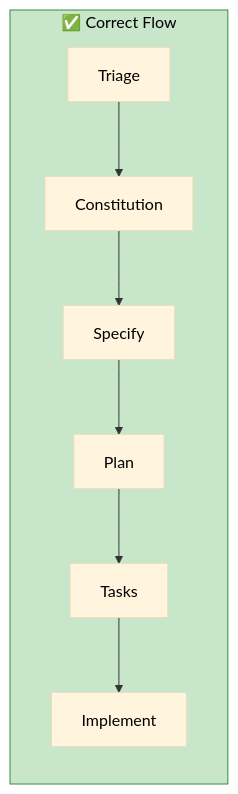
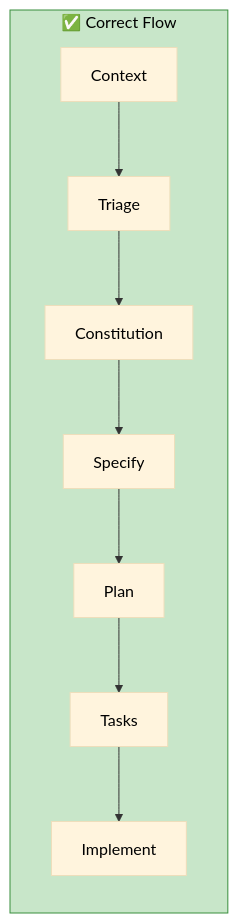
One commit to Trindade11/Teste changed the fourth of 11 diagrams in .specify/docs/best-practices.md. Above: the diagram before and after it, drawn with Mermaid. The commit also changed other lines of this file and 25 other files, not shown here.

````diff
--- a/.specify/docs/best-practices.md
+++ b/.specify/docs/best-practices.md
@@ -82,13 +83,14 @@
 ```mermaid
 %%{init: {'theme': 'base', 'themeVariables': { 'primaryTextColor': '#000', 'secondaryTextColor': '#000', 'tertiaryTextColor': '#000', 'lineColor': '#333'}}}%%
 flowchart LR
     subgraph Correct["✅ Correct Flow"]
-        C1[Triage] --> C2[Constitution]
+        C0[Context] --> C1[Triage]
+        C1 --> C2[Constitution]
         C2 --> C3[Specify]
         C3 --> C4[Plan]
         C4 --> C5[Tasks]
         C5 --> C6[Implement]
     end
     
     style Correct fill:#c8e6c9,stroke:#388e3c,color:#000
 ```
````
